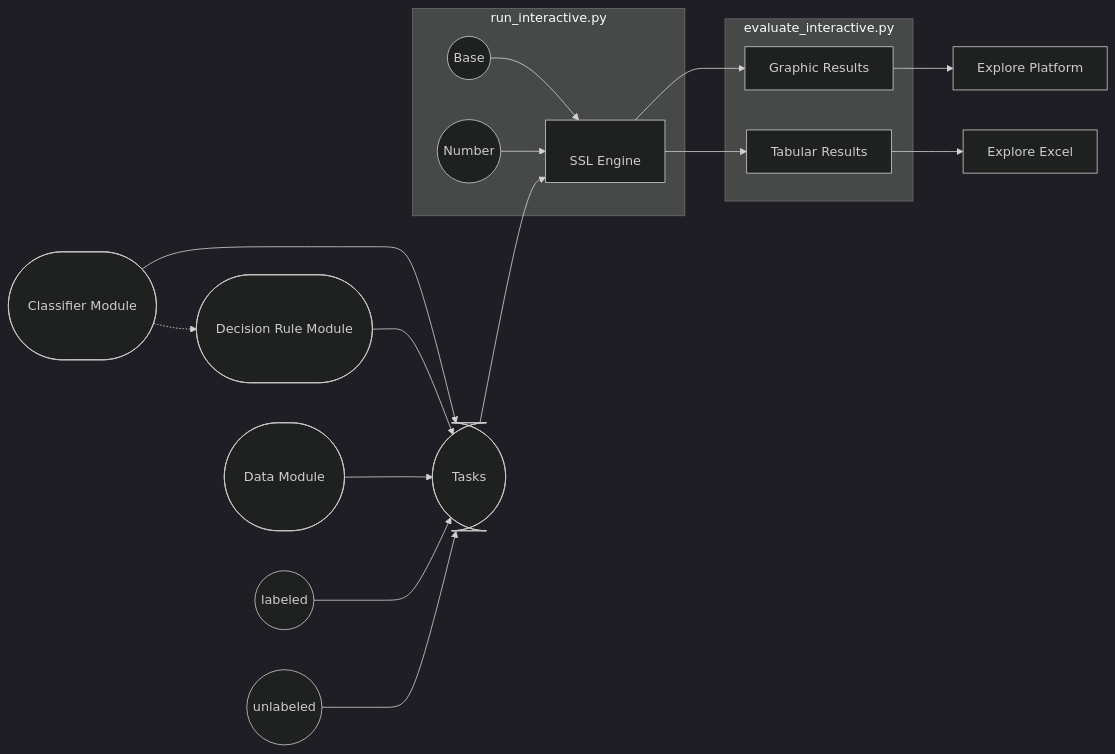
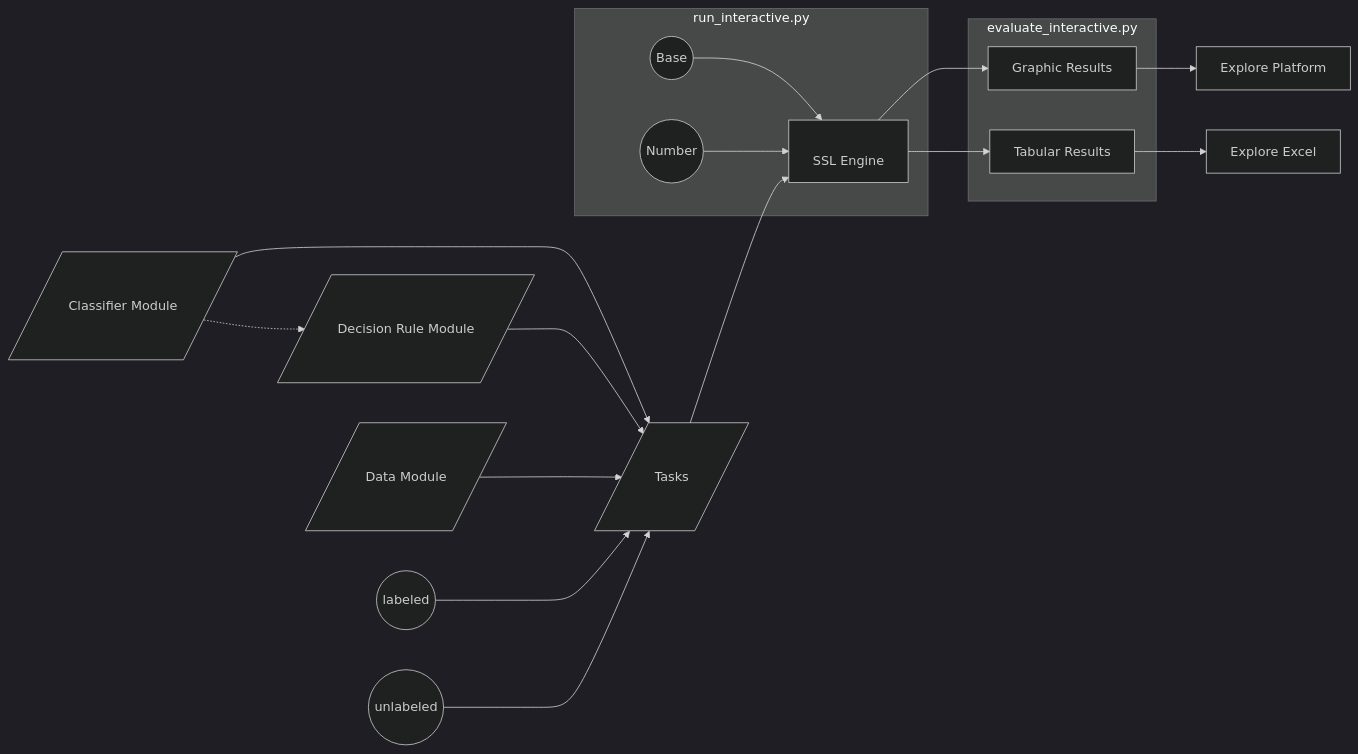
Before and after one commit to Stefan-Maximilian-Dietrich/TabPFN_SSL: the diagram in README.md, drawn with Mermaid (dark theme).

````diff
--- a/README.md
+++ b/README.md
@@ -507,66 +507,66 @@
 ```mermaid
 flowchart LR
 
 %% =====================================
 %% CORE MODULES (large & rounded)
 %% =====================================
 
-CL(["<br/><br/>Classifier Module<br/><br/><br/>"])
-DR(["<br/><br/>Decision Rule Module<br/><br/><br/>"])
-DATA(["<br/><br/>Data Module<br/><br/><br/>"])
-T(["<br/><br/>Tasks<br/><br/><br/>"])
+CL[/"<br/><br/>Classifier Module<br/><br/><br/>"/]
+DR[/"<br/><br/>Decision Rule Module<br/><br/><br/>"/]
+DATA[/"<br/><br/>Data Module<br/><br/><br/>"/]
+T[/"<br/><br/>Tasks<br/><br/><br/>"/]
 
 CL -.-> DR
 
 CL --> T
 DR --> T
 DATA --> T
 
 
 %% =====================================
 %% TASK PARAMETERS
 %% =====================================
 
 TK1((labeled))
 TK2((unlabeled))
 
 TK1 --> T
 TK2 --> T
 
 
 %% =====================================
 %% SSL BLOCK
 %% =====================================
 
 subgraph run_interactive.py
     SSL["<br/>SSL Engine<br/>"]
     S1((Base))
     S2((Number))
 
     S1 --> SSL
     S2 --> SSL
 end
 
 T --> SSL
 
 
 %% =====================================
 %% RESULTS BLOCK
 %% =====================================
 
 subgraph evaluate_interactive.py
     G[Graphic Results]
     TAB[Tabular Results]
 end
 
 SSL --> G
 SSL --> TAB
 
 
 %% =====================================
 %% EXPORT
 %% =====================================
 
 G --> EP[Explore Platform]
 TAB --> EX[Explore Excel]
 ```
````
